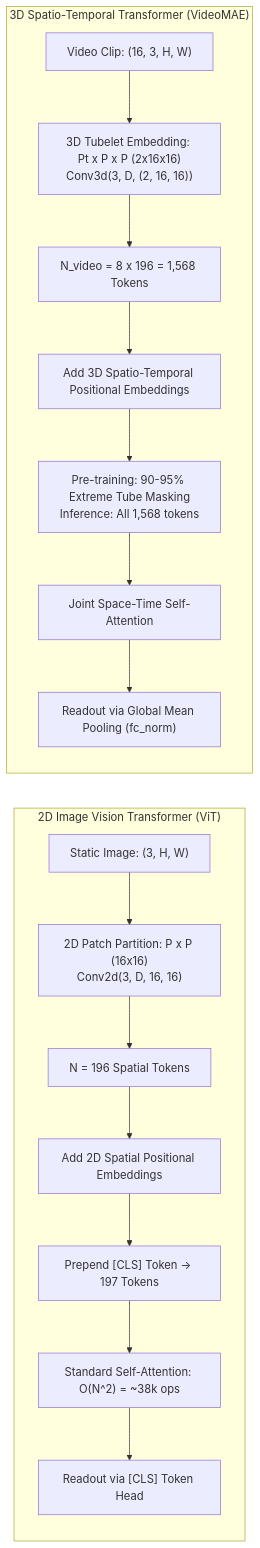
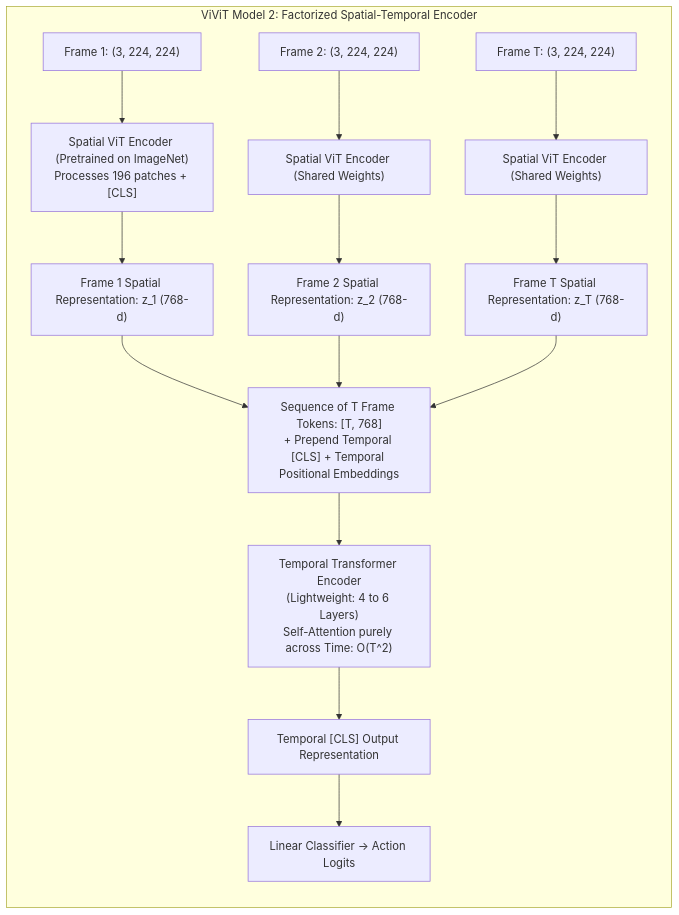
The second of 3 diagrams in video-understanding-lab/docs/03_video_transformer_inference.md (ghif/IF5152), drawn with Mermaid before and after one commit. The commit also changed other lines of this file, not shown here.

````diff
--- a/video-understanding-lab/docs/03_video_transformer_inference.md
+++ b/video-understanding-lab/docs/03_video_transformer_inference.md
@@ -75,22 +117,17 @@
 ```mermaid
-flowchart LR
-    subgraph ImageViT ["2D Image Vision Transformer (ViT)"]
+flowchart TD
+    subgraph ViViTFactorized ["ViViT Model 2: Factorized Spatial-Temporal Encoder"]
         direction TB
-        Img["Static Image: (3, H, W)"] --> P2D["2D Patch Partition: P x P (16x16)<br/>Conv2d(3, D, 16, 16)"]
-        P2D --> Tok2D["N = 196 Spatial Tokens"]
-        Tok2D --> Pos2D["Add 2D Spatial Positional Embeddings"]
-        Pos2D --> CLS2D["Prepend [CLS] Token -> 197 Tokens"]
-        CLS2D --> Att2D["Standard Self-Attention: O(N^2) = ~38k ops"]
-        Att2D --> Out2D["Readout via [CLS] Token Head"]
-    end
+        F1["Frame 1: (3, 224, 224)"] --> S1["Spatial ViT Encoder (Pretrained on ImageNet)<br/>Processes 196 patches + [CLS]"] --> Z1["Frame 1 Spatial Representation: z_1 (768-d)"]
+        F2["Frame 2: (3, 224, 224)"] --> S2["Spatial ViT Encoder (Shared Weights)"] --> Z2["Frame 2 Spatial Representation: z_2 (768-d)"]
+        FT["Frame T: (3, 224, 224)"] --> ST["Spatial ViT Encoder (Shared Weights)"] --> ZT["Frame T Spatial Representation: z_T (768-d)"]
 
-    subgraph VideoXFR ["3D Spatio-Temporal Transformer (VideoMAE)"]
-        direction TB
-        Vid["Video Clip: (16, 3, H, W)"] --> P3D["3D Tubelet Embedding: Pt x P x P (2x16x16)<br/>Conv3d(3, D, (2, 16, 16))"]
-        P3D --> Tok3D["N_video = 8 x 196 = 1,568 Tokens"]
-        Tok3D --> Pos3D["Add 3D Spatio-Temporal Positional Embeddings"]
-        Pos3D --> Mask3D["Pre-training: 90-95% Extreme Tube Masking<br/>Inference: All 1,568 tokens"]
-        Mask3D --> Att3D["Joint Space-Time Self-Attention"]
-        Att3D --> Out3D["Readout via Global Mean Pooling (fc_norm)"]
+        Z1 --> Seq["Sequence of T Frame Tokens: [T, 768]<br/>+ Prepend Temporal [CLS] + Temporal Positional Embeddings"]
+        Z2 --> Seq
+        ZT --> Seq
+
+        Seq --> TEnc["Temporal Transformer Encoder<br/>(Lightweight: 4 to 6 Layers)<br/>Self-Attention purely across Time: O(T^2)"]
+        TEnc --> TCLS["Temporal [CLS] Output Representation"]
+        TCLS --> Head["Linear Classifier -> Action Logits"]
     end
 ```
````
